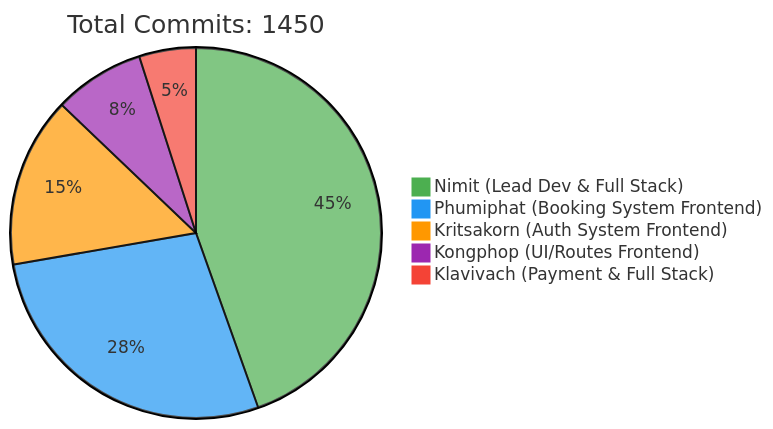
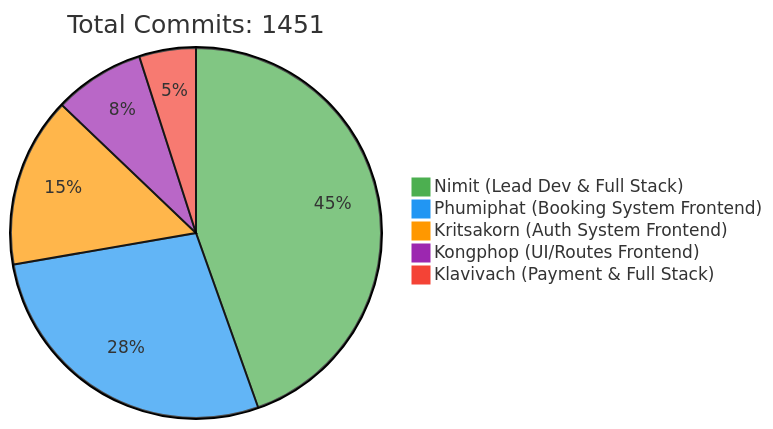
The first of 2 diagrams in README.md (6531503042/Sport-Complex), drawn with Mermaid before and after one commit. The commit also changed other lines of this file, not shown here.

Commit message:
docs: Update contributor statistics [skip ci]

````diff
--- a/README.md
+++ b/README.md
@@ -257,10 +257,10 @@
 ```mermaid
 %%{init: {'theme': 'base', 'themeVariables': { 'pie1': '#4CAF50', 'pie2': '#2196F3', 'pie3': '#FF9800', 'pie4': '#9C27B0', 'pie5': '#F44336'}}}%%
 pie
-    title Total Commits: 1450
+    title Total Commits: 1451
     "Nimit (Lead Dev & Full Stack)" : 450
     "Phumiphat (Booking System Frontend)" : 280
     "Kritsakorn (Auth System Frontend)" : 150
     "Kongphop (UI/Routes Frontend)" : 80
     "Klavivach (Payment & Full Stack)" : 50
 ```
````
